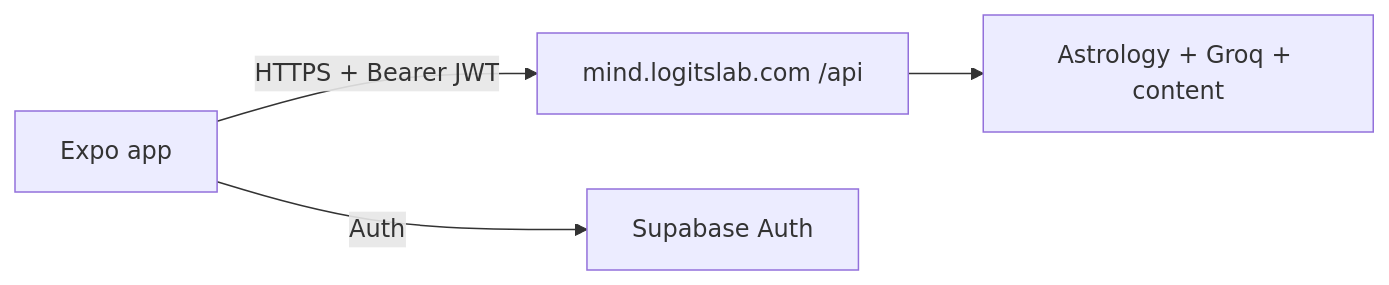
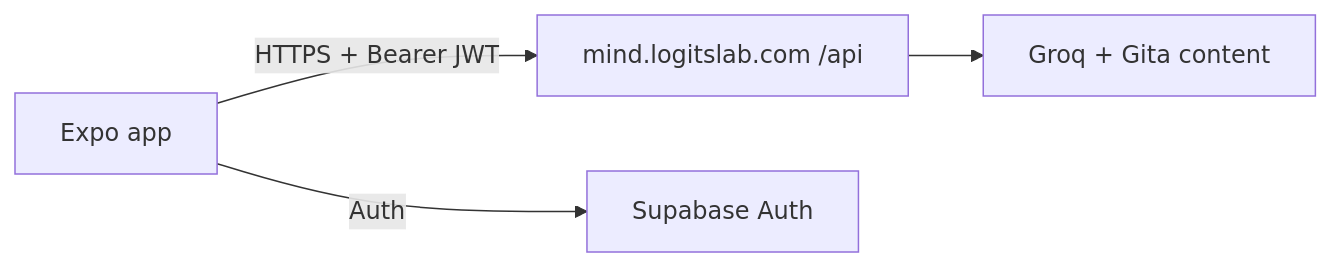
One commit to LogitsLab/MindKshetra-app changed the diagram in ARCHITECTURE.md. Above: the diagram before and after it, drawn with Mermaid. The commit also changed other lines of this file and 65 other files, not shown here.

````diff
--- a/ARCHITECTURE.md
+++ b/ARCHITECTURE.md
@@ -13,6 +13,6 @@
 ```mermaid
 flowchart LR
   App[Expo app] -->|HTTPS + Bearer JWT| API[mind.logitslab.com /api]
   App -->|Auth| SB[Supabase Auth]
-  API --> Engine[Astrology + Groq + content]
+  API --> Engine[Groq + Gita content]
 ```
````
